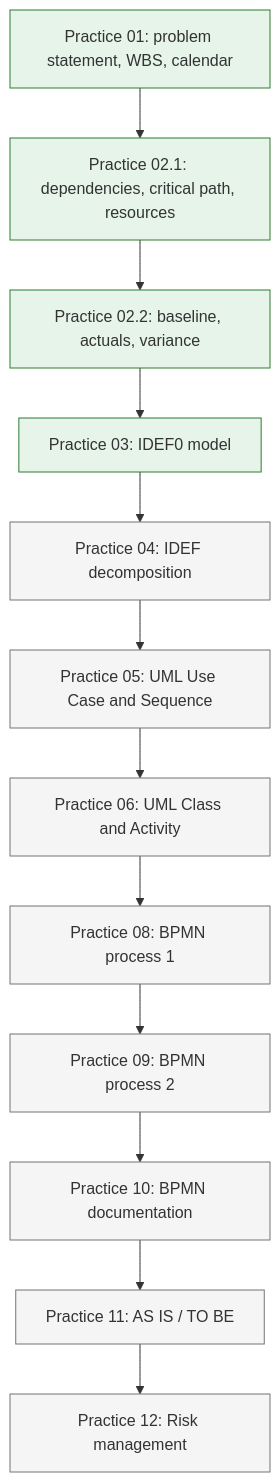
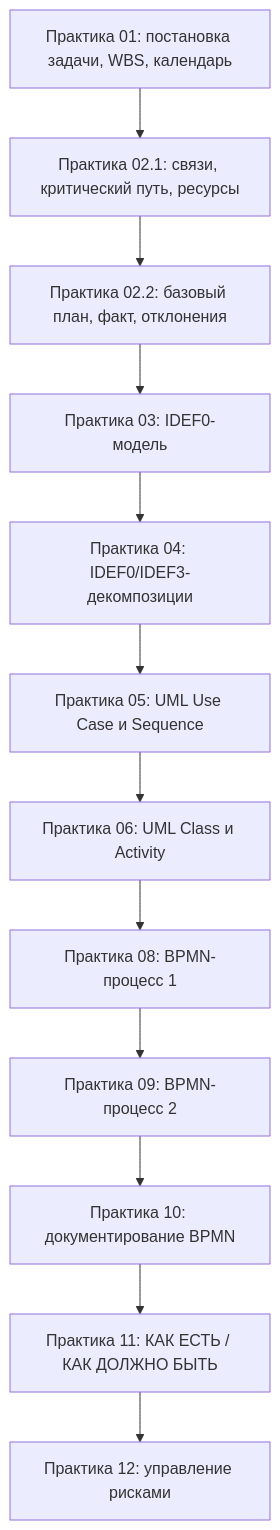
Before and after one commit to andreyobloff/IntelCarPricing: the second of 4 diagrams in README.md, drawn with Mermaid. The commit also changed other lines of this file, not shown here.

````diff
--- a/README.md
+++ b/README.md
@@ -63,23 +55,17 @@
 ```mermaid
 flowchart TD
-    P01["Practice 01: problem statement, WBS, calendar"]
-    P021["Practice 02.1: dependencies, critical path, resources"]
-    P022["Practice 02.2: baseline, actuals, variance"]
-    P03["Practice 03: IDEF0 model"]
-    P04["Practice 04: IDEF decomposition"]
-    P05["Practice 05: UML Use Case and Sequence"]
-    P06["Practice 06: UML Class and Activity"]
-    P08["Practice 08: BPMN process 1"]
-    P09["Practice 09: BPMN process 2"]
-    P10["Practice 10: BPMN documentation"]
-    P11["Practice 11: AS IS / TO BE"]
-    P12["Practice 12: Risk management"]
+    P01["Практика 01: постановка задачи, WBS, календарь"]
+    P021["Практика 02.1: связи, критический путь, ресурсы"]
+    P022["Практика 02.2: базовый план, факт, отклонения"]
+    P03["Практика 03: IDEF0-модель"]
+    P04["Практика 04: IDEF0/IDEF3-декомпозиции"]
+    P05["Практика 05: UML Use Case и Sequence"]
+    P06["Практика 06: UML Class и Activity"]
+    P08["Практика 08: BPMN-процесс 1"]
+    P09["Практика 09: BPMN-процесс 2"]
+    P10["Практика 10: документирование BPMN"]
+    P11["Практика 11: КАК ЕСТЬ / КАК ДОЛЖНО БЫТЬ"]
+    P12["Практика 12: управление рисками"]
 
     P01 --> P021 --> P022 --> P03 --> P04 --> P05 --> P06 --> P08 --> P09 --> P10 --> P11 --> P12
-
-    classDef done fill:#e6f4ea,stroke:#2e7d32,stroke-width:1px;
-    classDef planned fill:#f5f5f5,stroke:#757575,stroke-width:1px;
-
-    class P01,P021,P022,P03 done;
-    class P04,P05,P06,P08,P09,P10,P11,P12 planned;
 ```
````
